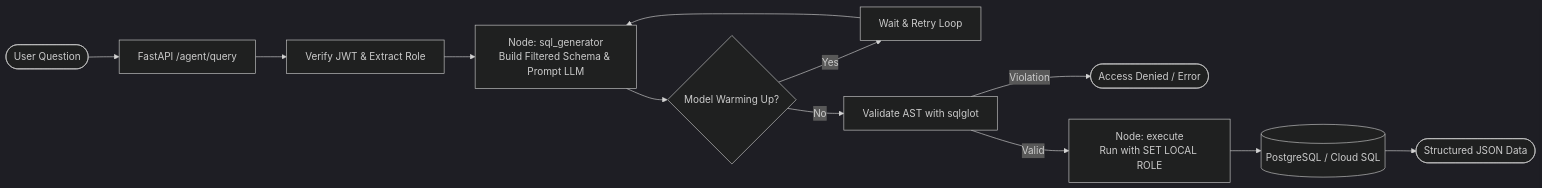
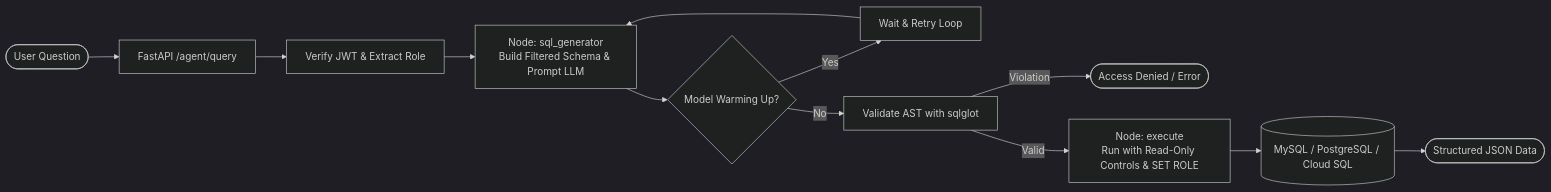
Before and after one commit to Anas-Saifi/querymind: the diagram in README.md, drawn with Mermaid (dark theme). The commit also changed other lines of this file and 8 other files, not shown here.

````diff
--- a/README.md
+++ b/README.md
@@ -61,14 +62,14 @@
 ```mermaid
 flowchart LR
     User([User Question]) --> API[FastAPI /agent/query]
     API --> Auth[Verify JWT & Extract Role]
     Auth --> GenNode[Node: sql_generator\nBuild Filtered Schema & Prompt LLM]
     GenNode --> RetryCheck{Model Warming Up?}
     RetryCheck -- Yes --> Delay[Wait & Retry Loop]
     Delay --> GenNode
     RetryCheck -- No --> AST[Validate AST with sqlglot]
     AST -- Violation --> Denied([Access Denied / Error])
-    AST -- Valid --> ExecNode[Node: execute\nRun with SET LOCAL ROLE]
-    ExecNode --> DB[(PostgreSQL / Cloud SQL)]
+    AST -- Valid --> ExecNode[Node: execute\nRun with Read-Only Controls & SET ROLE]
+    ExecNode --> DB[(MySQL / PostgreSQL / Cloud SQL)]
     DB --> Output([Structured JSON Data])
 ```
````
